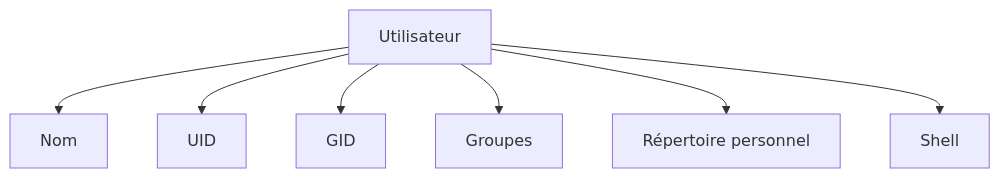
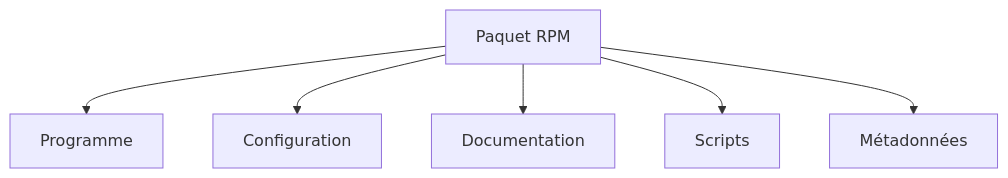
The second of 20 diagrams in campagne 1/1.5.md (tdelaclos/formations), drawn with Mermaid before and after one commit. The commit also changed other lines of this file, not shown here.

````diff
--- a/campagne 1/1.5.md
+++ b/campagne 1/1.5.md
@@ -89,17 +114,15 @@
 ```mermaid
 flowchart TD
 
-A["Utilisateur"]
+A["Paquet RPM"]
 
-A --> B["Nom"]
+A --> B["Programme"]
 
-A --> C["UID"]
+A --> C["Configuration"]
 
-A --> D["GID"]
+A --> D["Documentation"]
 
-A --> E["Groupes"]
+A --> E["Scripts"]
 
-A --> F["Répertoire personnel"]
-
-A --> G["Shell"]
+A --> F["Métadonnées"]
 ```
````
